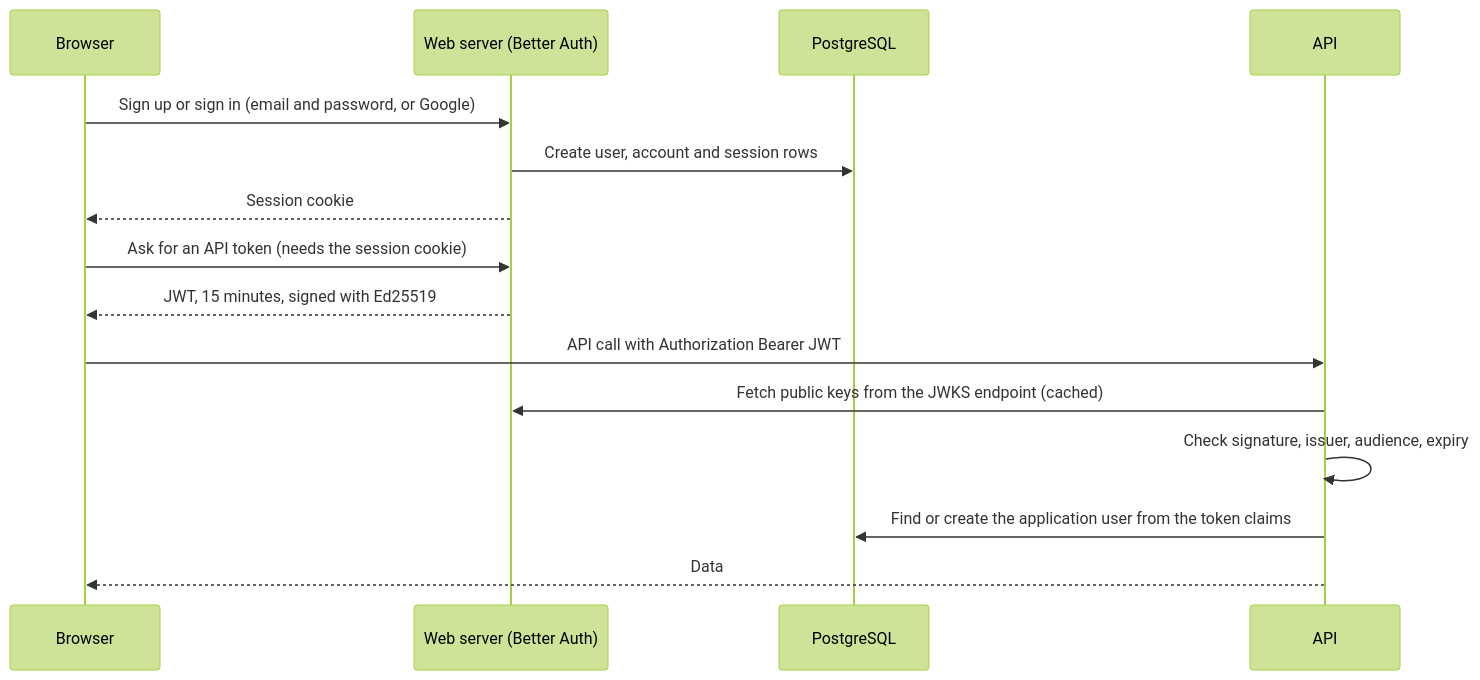
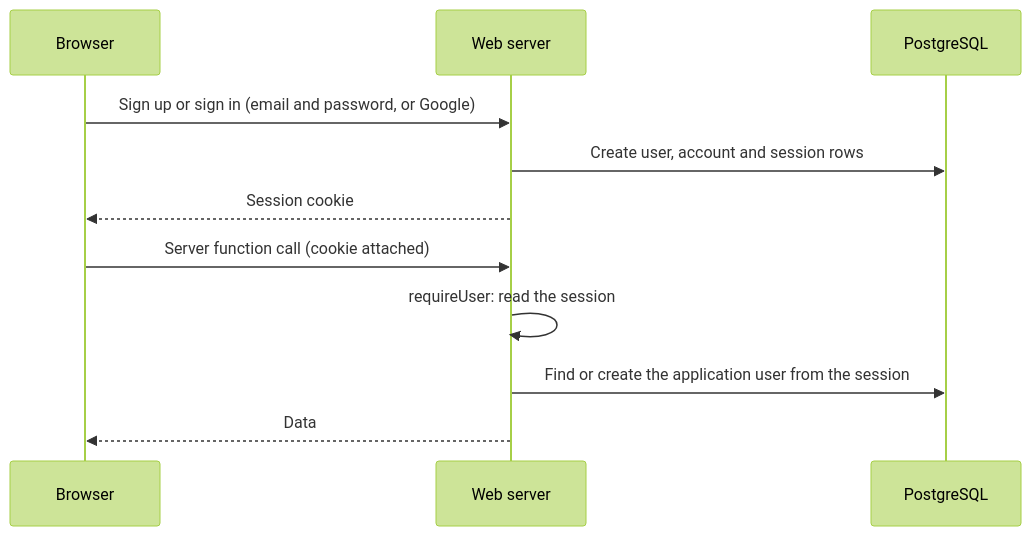
One commit to A7-studio/jobmigo changed the second of 4 diagrams in docs/technical-design.md. Above: the diagram before and after it, drawn with Mermaid (forest theme). The commit also changed other lines of this file and 90 other files, not shown here.

````diff
--- a/docs/technical-design.md
+++ b/docs/technical-design.md
@@ -155,17 +153,13 @@
 ```mermaid
 sequenceDiagram
   participant B as Browser
-  participant W as Web server (Better Auth)
+  participant S as Web server
   participant D as PostgreSQL
-  participant A as API
-  B->>W: Sign up or sign in (email and password, or Google)
-  W->>D: Create user, account and session rows
-  W-->>B: Session cookie
-  B->>W: Ask for an API token (needs the session cookie)
-  W-->>B: JWT, 15 minutes, signed with Ed25519
-  B->>A: API call with Authorization Bearer JWT
-  A->>W: Fetch public keys from the JWKS endpoint (cached)
-  A->>A: Check signature, issuer, audience, expiry
-  A->>D: Find or create the application user from the token claims
-  A-->>B: Data
+  B->>S: Sign up or sign in (email and password, or Google)
+  S->>D: Create user, account and session rows
+  S-->>B: Session cookie
+  B->>S: Server function call (cookie attached)
+  S->>S: requireUser: read the session
+  S->>D: Find or create the application user from the session
+  S-->>B: Data
 ```
````
